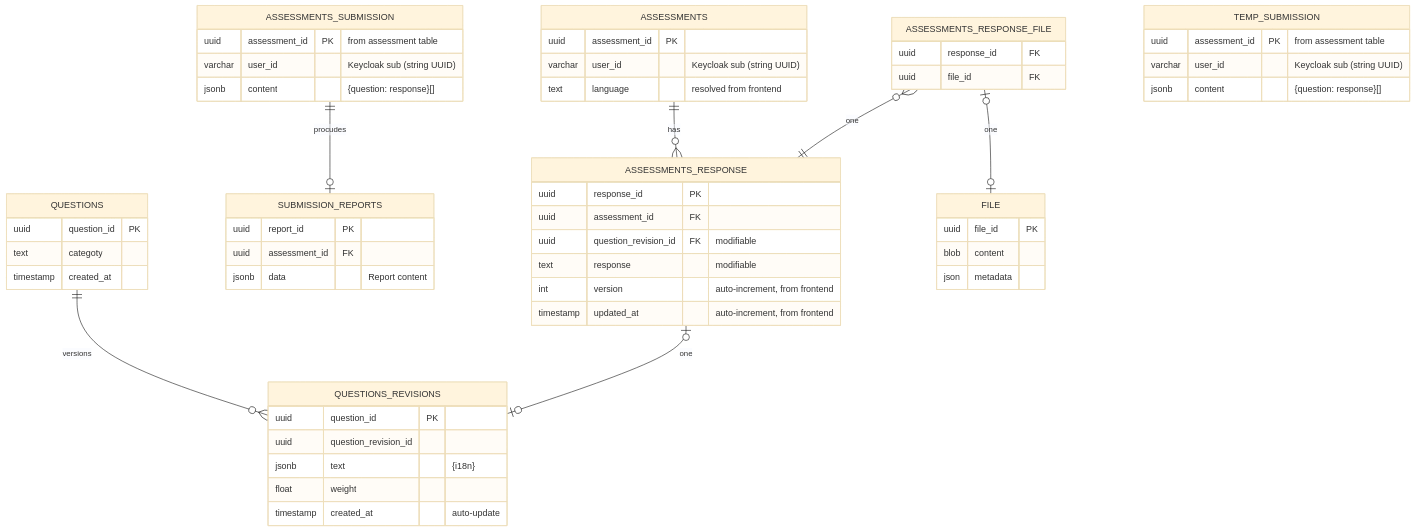
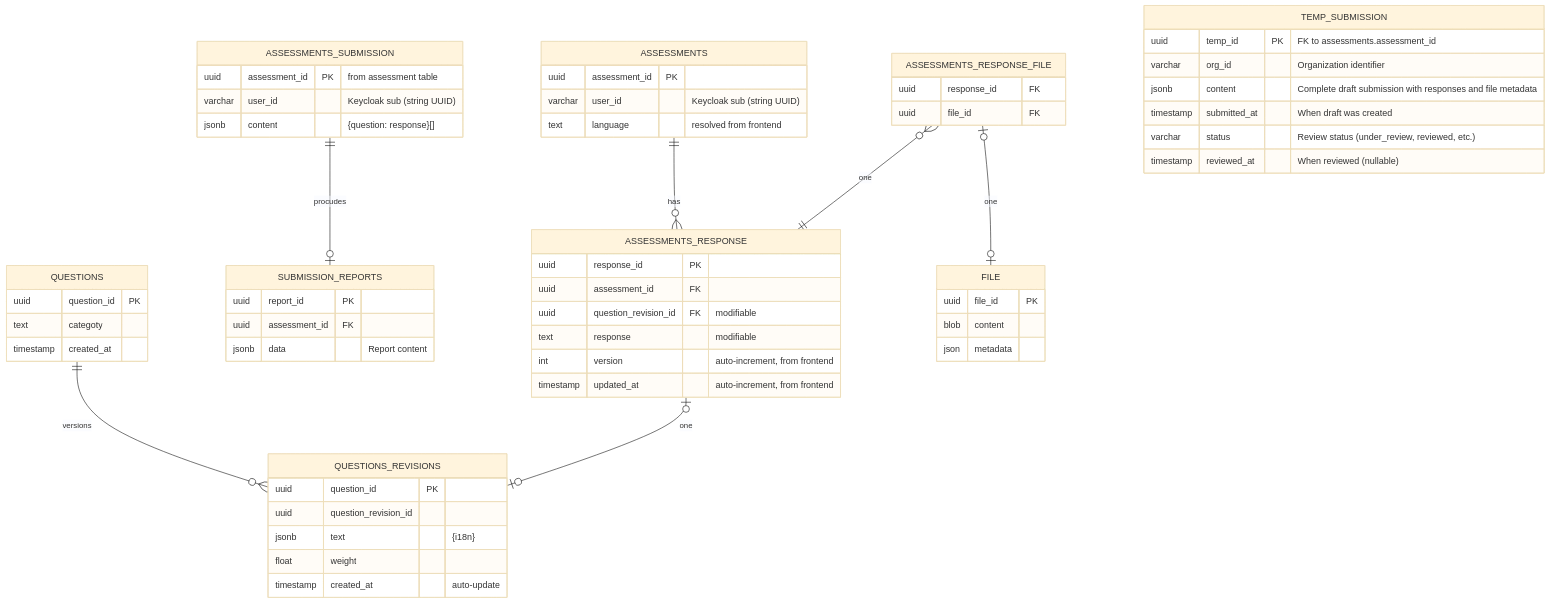
One commit to ADORSYS-GIS/DGAT-sustainability changed the diagram in backend/src/common/database/entity/README.md. Above: the diagram before and after it, drawn with Mermaid (base theme). The commit also changed other lines of this file and 4 other files, not shown here.

````diff
--- a/backend/src/common/database/entity/README.md
+++ b/backend/src/common/database/entity/README.md
@@ -26,67 +35,70 @@
 ```mermaid
 erDiagram
 ASSESSMENTS ||--o{ ASSESSMENTS_RESPONSE : "has"
 ASSESSMENTS_SUBMISSION ||--o| SUBMISSION_REPORTS : "procudes"
 QUESTIONS  || --o{ QUESTIONS_REVISIONS : "versions"
 ASSESSMENTS_RESPONSE |o--o| QUESTIONS_REVISIONS : "one"
 ASSESSMENTS_RESPONSE_FILE }o--|| ASSESSMENTS_RESPONSE : "one"
 ASSESSMENTS_RESPONSE_FILE |o--o| FILE : "one"
 
     ASSESSMENTS_SUBMISSION {
         uuid assessment_id PK "from assessment table"
         varchar user_id "Keycloak sub (string UUID)"
         jsonb content "{question: response}[]"
     }
 
     ASSESSMENTS {
         uuid assessment_id PK
         varchar user_id "Keycloak sub (string UUID)"
         text language "resolved from frontend"
     }
 
     ASSESSMENTS_RESPONSE {
         uuid response_id PK
         uuid assessment_id FK
         uuid question_revision_id FK "modifiable"
         text response "modifiable"
         int version "auto-increment, from frontend"
         timestamp updated_at "auto-increment, from frontend"
     }
 
     ASSESSMENTS_RESPONSE_FILE {
         uuid response_id FK
         uuid file_id FK
     }
 
     FILE {
         uuid file_id PK
         blob content
         json metadata
     }
 
     QUESTIONS {
         uuid question_id PK
         text categoty
         timestamp created_at
     }
 
     QUESTIONS_REVISIONS {
         uuid question_id PK
         uuid question_revision_id 
         jsonb text "{i18n}"
         float weight
         timestamp created_at "auto-update"
     }
 
     SUBMISSION_REPORTS {
         uuid report_id PK
         uuid assessment_id FK
         jsonb data "Report content"
     }
 
     TEMP_SUBMISSION {
-        uuid assessment_id PK "from assessment table"
-        varchar user_id "Keycloak sub (string UUID)"
-        jsonb content "{question: response}[]"
+        uuid temp_id PK "FK to assessments.assessment_id"
+        varchar org_id "Organization identifier"
+        jsonb content "Complete draft submission with responses and file metadata"
+        timestamp submitted_at "When draft was created"
+        varchar status "Review status (under_review, reviewed, etc.)"
+        timestamp reviewed_at "When reviewed (nullable)"
     }
 ```
````
